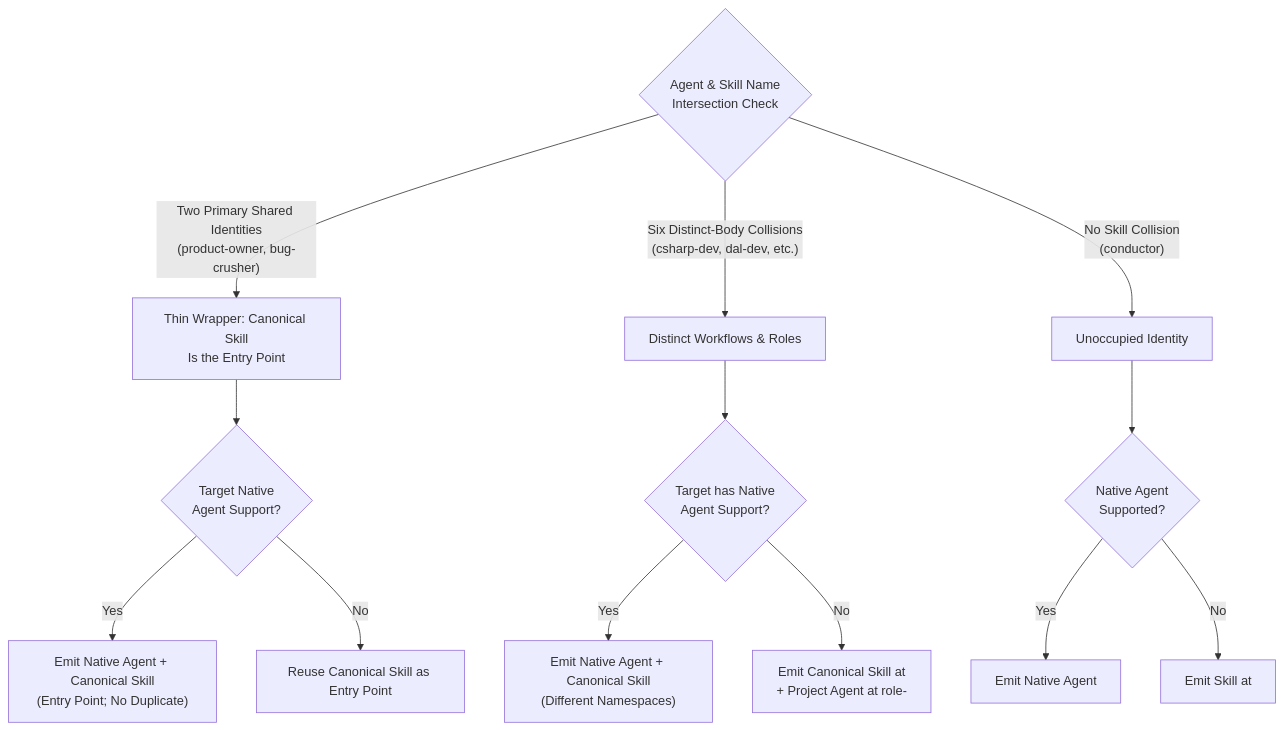
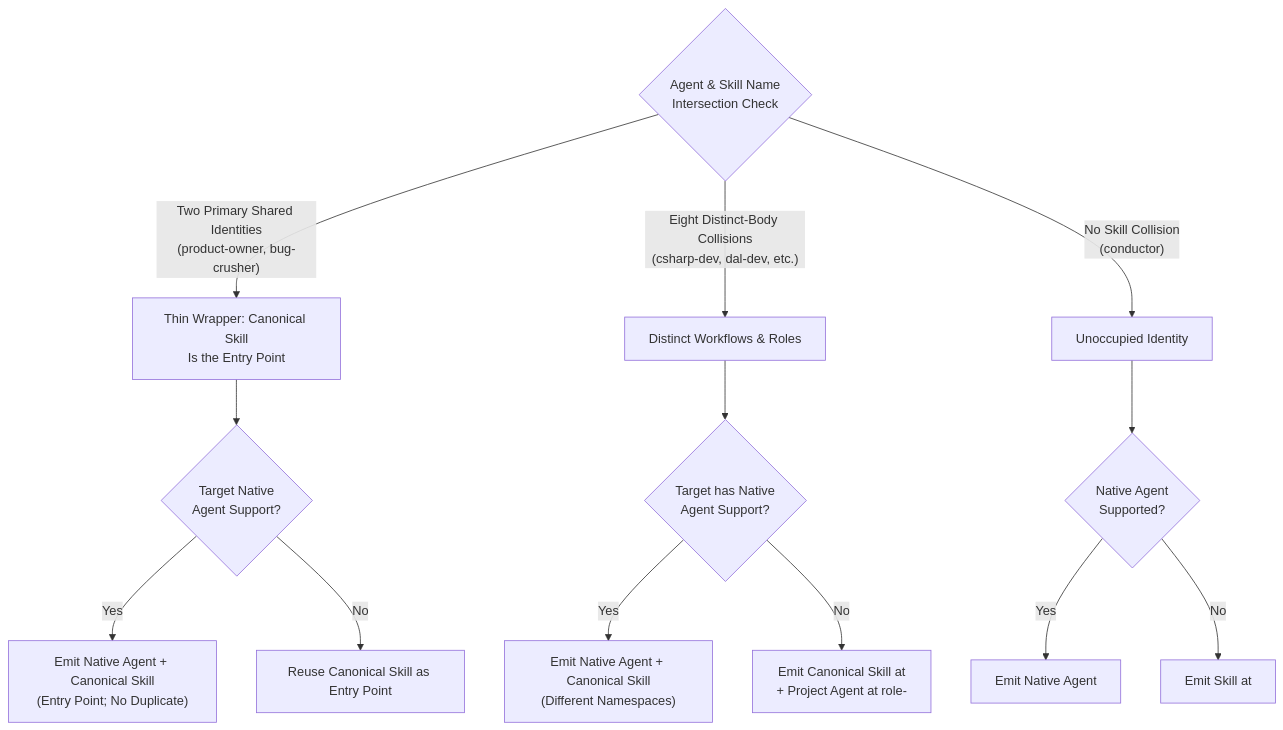
Before and after one commit to dpalfery/kyber-weave: the third of 6 diagrams in docs/kyber-squad/architecture.md, drawn with Mermaid. The commit also changed other lines of this file and 42 other files, not shown here.

````diff
--- a/docs/kyber-squad/architecture.md
+++ b/docs/kyber-squad/architecture.md
@@ -153,20 +153,20 @@
 ```mermaid
 flowchart TD
     Intersection{"Agent & Skill Name\nIntersection Check"}
 
     Intersection -->|"Two Primary Shared Identities\n(product-owner, bug-crusher)"| SharedPath["Thin Wrapper: Canonical Skill\nIs the Entry Point"]
-    Intersection -->|"Six Distinct-Body Collisions\n(csharp-dev, dal-dev, etc.)"| CollisionPath["Distinct Workflows & Roles"]
+    Intersection -->|"Eight Distinct-Body Collisions\n(csharp-dev, dal-dev, etc.)"| CollisionPath["Distinct Workflows & Roles"]
     Intersection -->|"No Skill Collision\n(conductor)"| UnoccupiedPath["Unoccupied Identity"]
 
     SharedPath --> SharedCheck{"Target Native\nAgent Support?"}
     SharedCheck -->|"Yes"| SharedNative["Emit Native Agent + Canonical Skill\n(Entry Point; No Duplicate)"]
     SharedCheck -->|"No"| SharedLower["Reuse Canonical Skill as Entry Point"]
 
     CollisionPath --> FallbackCheck{"Target has Native\nAgent Support?"}
     FallbackCheck -->|"Yes"| NativeBoth["Emit Native Agent + Canonical Skill\n(Different Namespaces)"]
     FallbackCheck -->|"No"| LowerPrefixed["Emit Canonical Skill at <name>\n+ Project Agent at role-<name>"]
 
     UnoccupiedPath --> UnoccupiedCheck{"Native Agent\nSupported?"}
     UnoccupiedCheck -->|"Yes"| NativeAgent["Emit Native Agent"]
     UnoccupiedCheck -->|"No"| LowerDirect["Emit Skill at <name>"]
 ```
````
